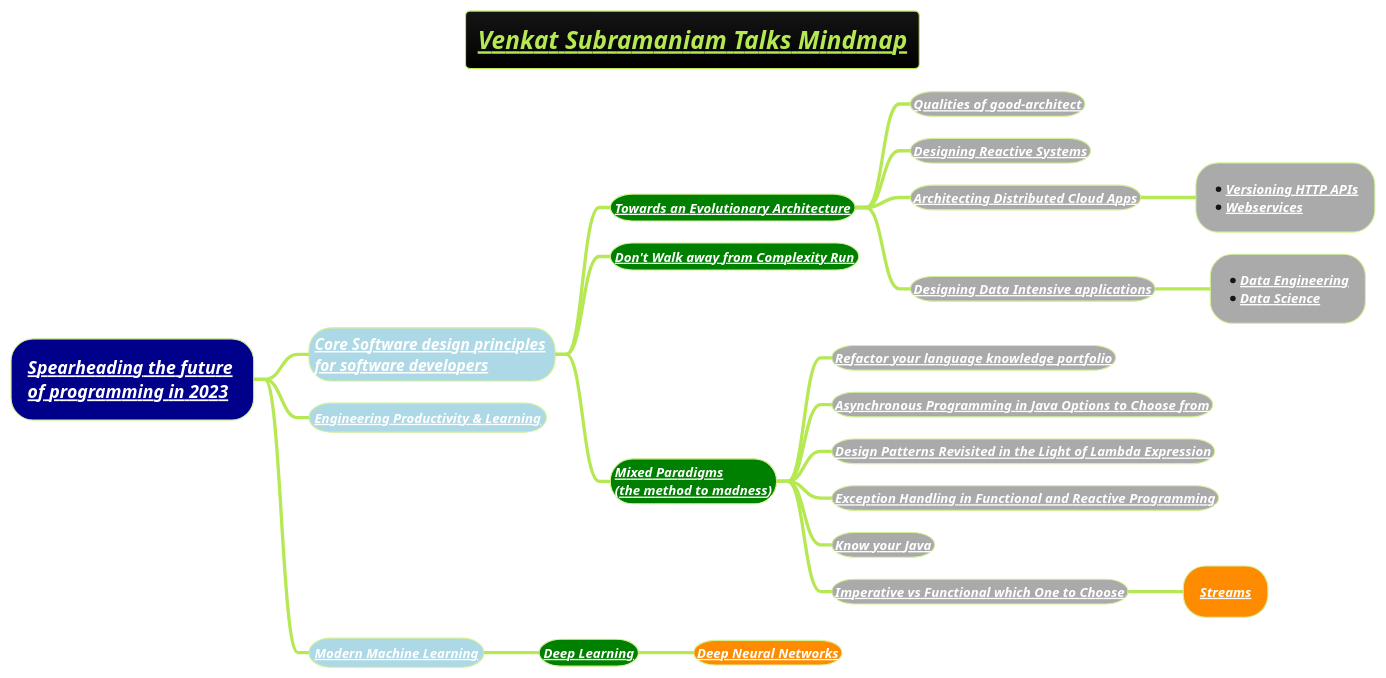
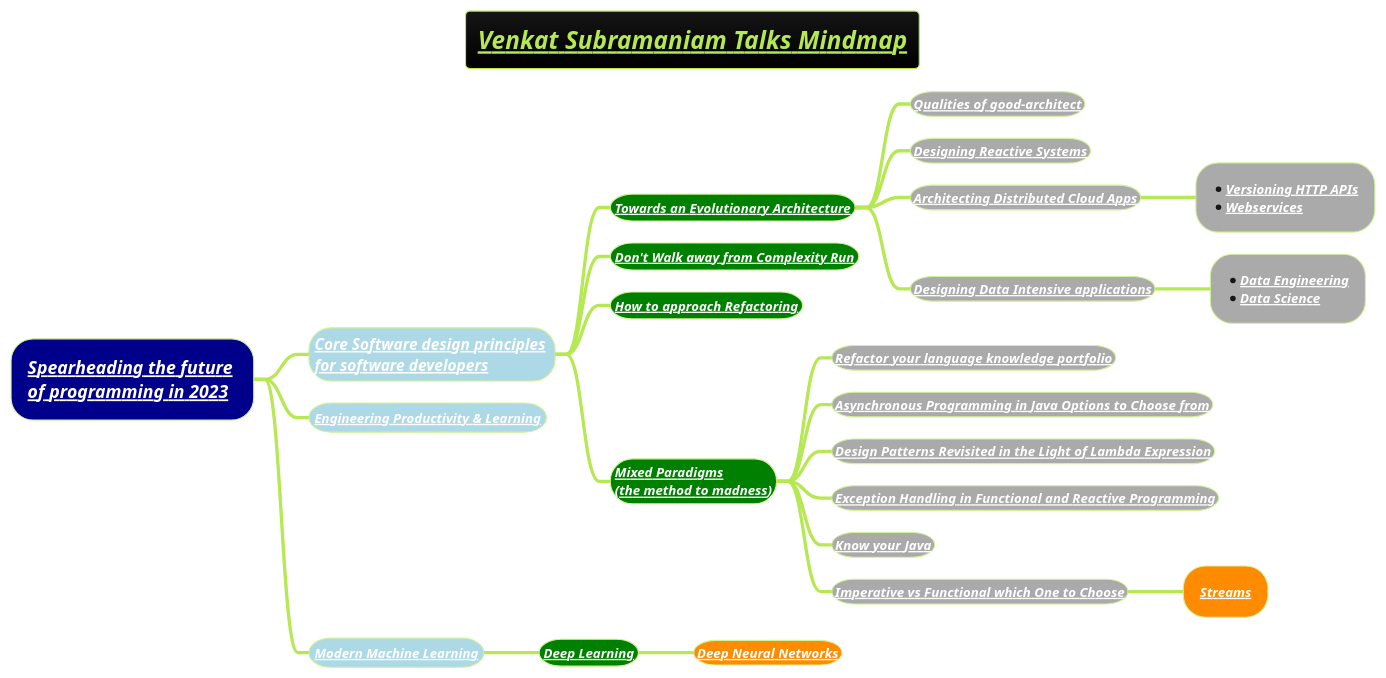
The diagram in docs/3-programming-languages/Venkat-Subramaniam/venkat-talks-mindmap.puml (MehmoodHashmi/Documentation-as-Code-DaC), drawn with PlantUML before and after one commit. The commit also changed 6 other files, not shown here.

```diff
--- a/docs/3-programming-languages/Venkat-Subramaniam/venkat-talks-mindmap.puml
+++ b/docs/3-programming-languages/Venkat-Subramaniam/venkat-talks-mindmap.puml
@@ -1,28 +1,29 @@
 @startmindmap
 title =<i><b><u><size:18>Venkat Subramaniam Talks Mindmap
 !theme hacker
 
 *[#darkblue] <i><color #black>[[docs/3-programming-languages/Venkat-Subramaniam/Spearheading-the-future-of-programming-2023.puml Spearheading the future]] \n<i><color #black>[[docs/3-programming-languages/Venkat-Subramaniam/Spearheading-the-future-of-programming-2023.puml of programming in 2023]]
 **[#lightblue] <color:white><i>[[docs/3-programming-languages/Venkat-Subramaniam/Core-Software-design-principles-for-software-developers.puml Core Software design principles]] \n<color:white><i>[[docs/3-programming-languages/Venkat-Subramaniam/Core-Software-design-principles-for-software-developers.puml for software developers ]]
 ***[#green] <b><i><color #black><size:12>[[docs/3-programming-languages/Venkat-Subramaniam/Towards-an-Evolutionary-Architecture.puml Towards an Evolutionary Architecture]]
 ****[#a] <b><i><color #black><size:12>[[docs/3-programming-languages/Venkat-Subramaniam/Qualities-of-good-architect.puml Qualities of good-architect]]
 ****[#a] <b><i><color #black><size:12>[[docs/3-programming-languages/Venkat-Subramaniam/Designing-Reactive-Systems.puml Designing Reactive Systems]]
 ****[#a] <b><i><color #black><size:12>[[docs/3-programming-languages/Venkat-Subramaniam/Architecting-Distributed-Cloud-Apps.puml Architecting Distributed Cloud Apps]]
 *****[#a] *<b><i><color #black><size:12>[[docs/3-programming-languages/Venkat-Subramaniam/Architecting-Distributed-Cloud-Apps.puml Versioning HTTP APIs]] \n*<b><i><color #black><size:12>[[docs/3-programming-languages/Venkat-Subramaniam/webservice.puml Webservices]]
 ****[#a] <b><i><color #black><size:12>[[docs/books/1-books-backlog/DBMS/Designing-Data-Intensive-Applications.puml Designing Data Intensive applications]]
 *****[#a] *<b><i><color #black><size:12>[[docs/AI-ML-DL-Data-Science-and-BigData/data-science/data-engineering/Data-Engineering.puml Data Engineering]] \n*<b><i><color #black><size:12>[[docs/AI-ML-DL-Data-Science-and-BigData/data-science/Data-Science.puml Data Science]]
 ***[#green] <b><i><color #black><size:12>[[docs/3-programming-languages/Venkat-Subramaniam/Do-not-Walk-Away-From-Complexity-Run.puml Don't Walk away from Complexity Run]]
+***[#green] <b><i><color #black><size:12>[[docs/3-programming-languages/Venkat-Subramaniam/how-to-approach-refactoring.puml How to approach Refactoring]]
 ***[#green] <b><i><color #black><size:12>[[docs/3-programming-languages/Venkat-Subramaniam/mixed-paradigms-(the-method-to-madness).puml Mixed Paradigms]] \n<b><i><color #black><size:12>[[docs/3-programming-languages/Venkat-Subramaniam/mixed-paradigms-(the-method-to-madness).puml (the method to madness)]]
 ****[#a] <b><i><color #black><size:12>[[docs/3-programming-languages/Venkat-Subramaniam/Refactor-your-language-knowledge-portfolio-(we-are-what-we-can-code-in).puml Refactor your language knowledge portfolio]]
 ****[#a] <b><i><color #black><size:12>[[docs/3-programming-languages/Venkat-Subramaniam/Asynchronous-Programming-in-Java-Options-to-Choose-from.puml Asynchronous Programming in Java Options to Choose from]]
 ****[#a] <b><i><color #black><size:12>[[docs/3-programming-languages/Venkat-Subramaniam/Design-Patterns-revisited-in-the-Light-of-Lambda-Expression.puml Design Patterns Revisited in the Light of Lambda Expression]]
 ****[#a] <b><i><color #black><size:12>[[docs/3-programming-languages/Venkat-Subramaniam/Exception-Handling-in-Functional-and-Reactive-Programming.puml Exception Handling in Functional and Reactive Programming]]
 ****[#a] <b><i><color #black><size:12>[[docs/3-programming-languages/Venkat-Subramaniam/Know-your-java-venkat.puml Know your Java]]
 ****[#a] <b><i><color #black><size:12>[[docs/3-programming-languages/Venkat-Subramaniam/Imperative-vs-Functional-Which-one-to-Choose.puml Imperative vs Functional which One to Choose]]
 *****[#darkorange] <b><i><color #black><size:12>[[docs/3-programming-languages/Venkat-Subramaniam/Streams.puml Streams]]
 **[#lightblue] <b><i><color #black><size:12>[[docs/3-programming-languages/Venkat-Subramaniam/Engineering-Productivity-and-Learning.puml Engineering Productivity & Learning]]
 **[#lightblue] <b><i><color #black><size:12>[[docs/AI-ML-DL-Data-Science-and-BigData/machine-learning-ML/Modern-Machine-Learning.puml Modern Machine Learning]]
 ***[#green] <b><i><color #black><size:12>[[docs/AI-ML-DL-Data-Science-and-BigData/machine-learning-ML/3-deep-learning-DL/Deep-Learning.puml Deep Learning]]
 ****[#darkorange] <b><i><color #black><size:12>[[docs/AI-ML-DL-Data-Science-and-BigData/machine-learning-ML/3-deep-learning-DL/Neural-Network-Architecture.puml Deep Neural Networks]]
 
 @endmindmap
```
